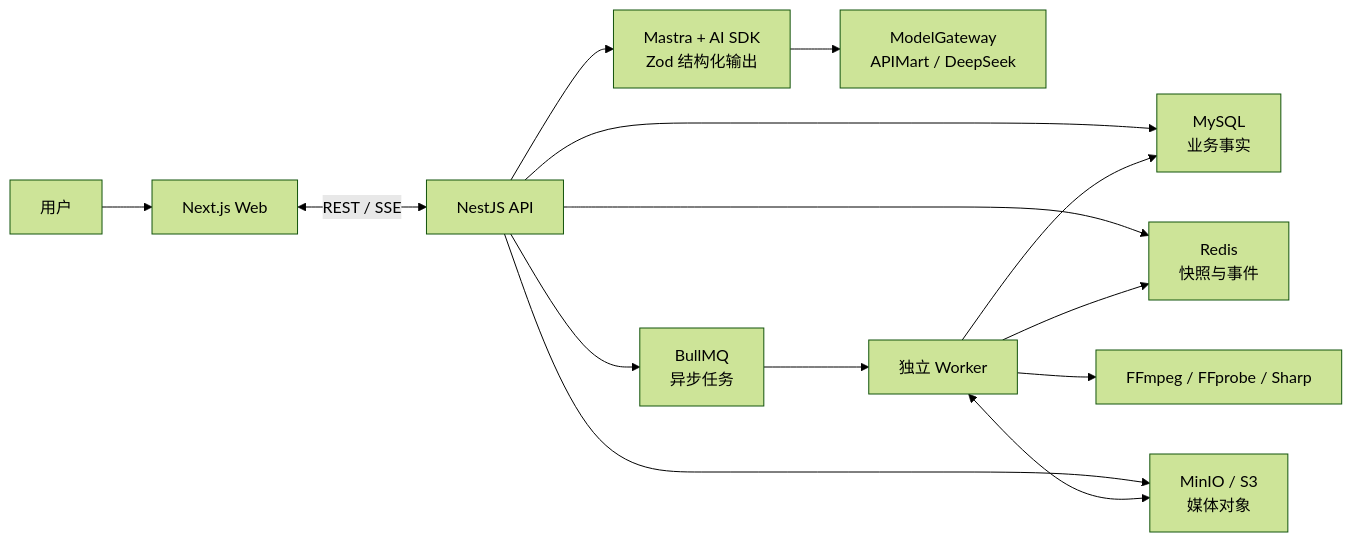
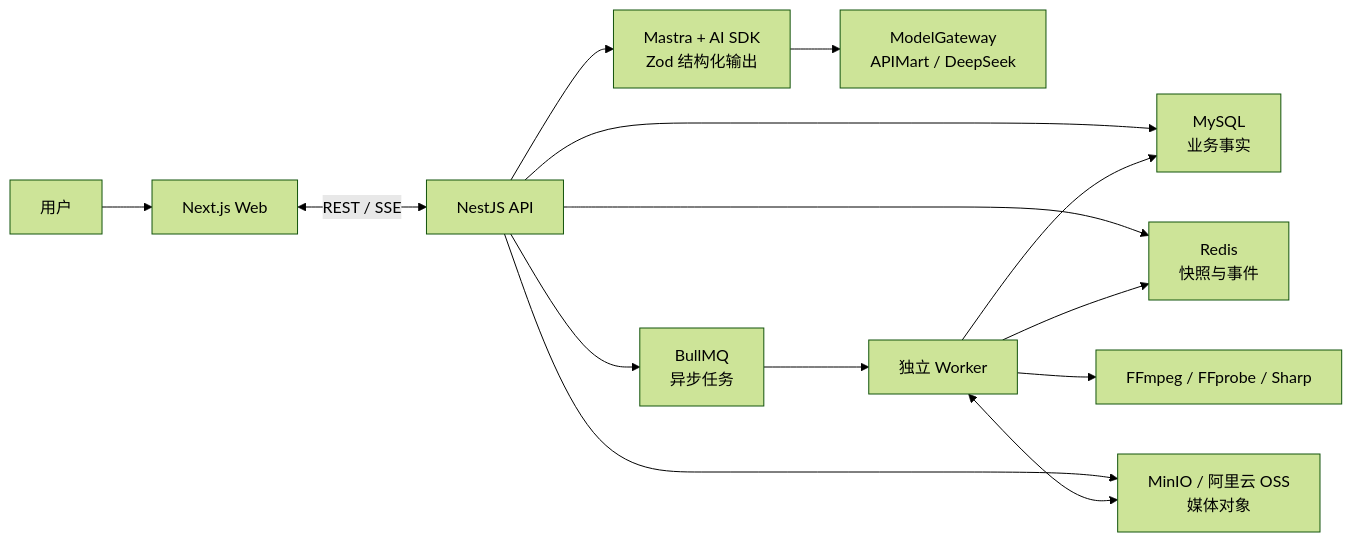
Before and after one commit to Sins91/chat-to-video: the diagram in README.md, drawn with Mermaid (forest theme). The commit also changed other lines of this file and 61 other files, not shown here.

````diff
--- a/README.md
+++ b/README.md
@@ -62,19 +62,19 @@
 ```mermaid
 flowchart LR
     USER["用户"] --> WEB["Next.js Web"]
     WEB <-->|"REST / SSE"| API["NestJS API"]
 
     API --> AGENT["Mastra + AI SDK<br/>Zod 结构化输出"]
     AGENT --> GATEWAY["ModelGateway<br/>APIMart / DeepSeek"]
 
     API --> MYSQL["MySQL<br/>业务事实"]
     API --> REDIS["Redis<br/>快照与事件"]
     API --> QUEUE["BullMQ<br/>异步任务"]
-    API --> OBJECTS["MinIO / S3<br/>媒体对象"]
+    API --> OBJECTS["MinIO / 阿里云 OSS<br/>媒体对象"]
 
     QUEUE --> WORKER["独立 Worker"]
     WORKER --> MEDIA["FFmpeg / FFprobe / Sharp"]
     WORKER --> MYSQL
     WORKER --> REDIS
     WORKER <--> OBJECTS
 ```
````
